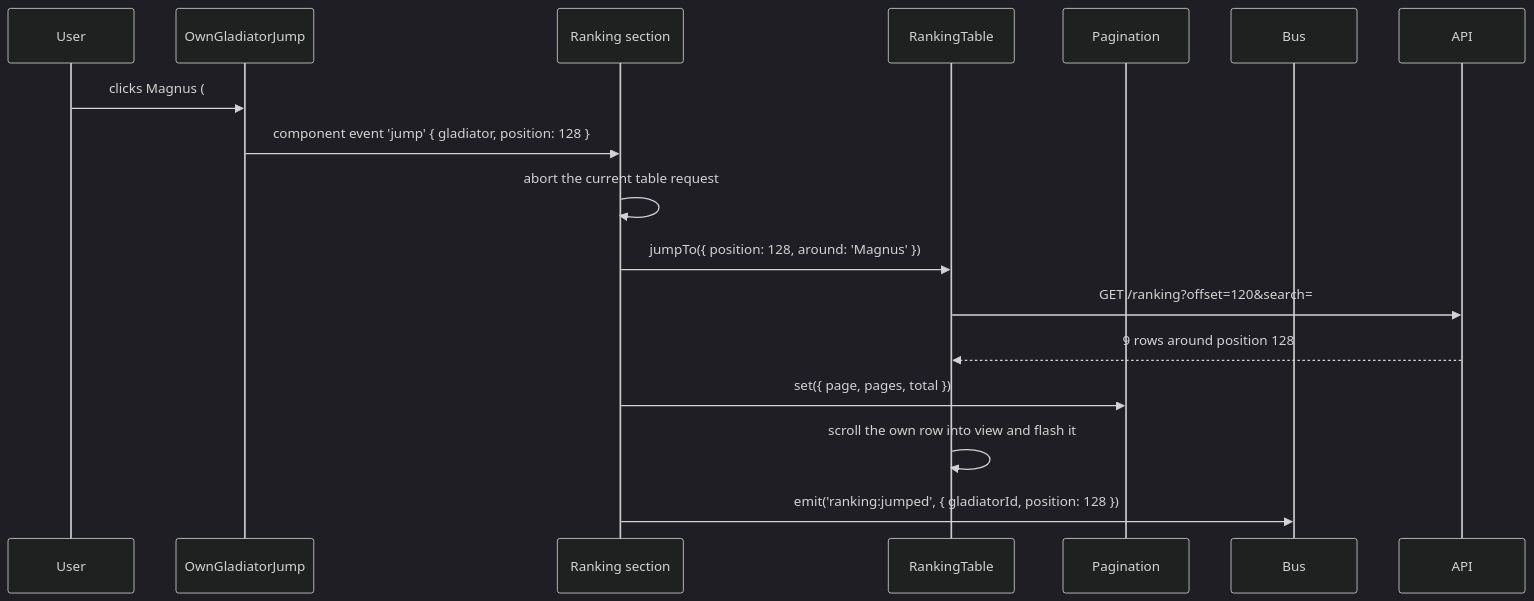
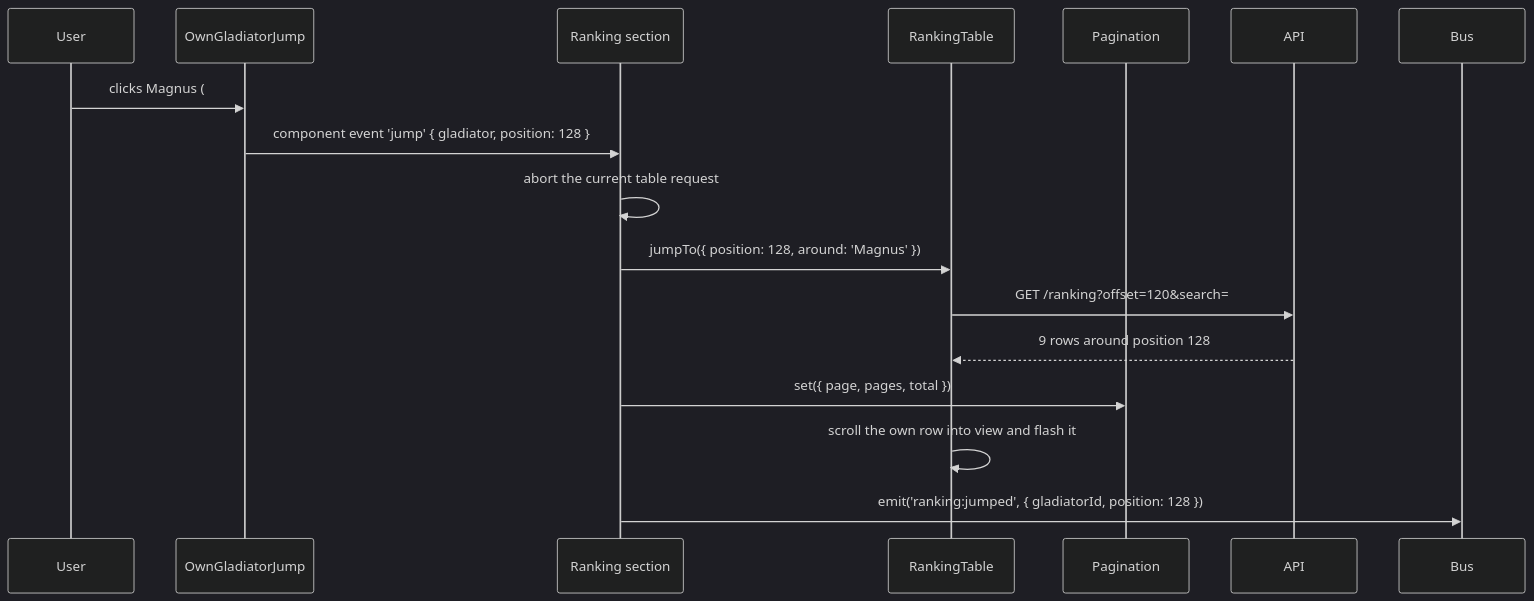
The fourth of 8 diagrams in docs/frontend/events.md (werlang/gladCode2), drawn with Mermaid (dark theme) before and after one commit. The commit also changed other lines of this file, not shown here.

Commit message:
docs: simplify the event-flow diagrams

````diff
--- a/docs/frontend/events.md
+++ b/docs/frontend/events.md
@@ -240,18 +241,19 @@
 ```mermaid
 sequenceDiagram
     participant User
     participant Jump as OwnGladiatorJump
     participant Section as Ranking section
     participant Table as RankingTable
     participant Page as Pagination
+    participant API
     participant Bus
     User->>Jump: clicks Magnus (#128)
     Jump->>Section: component event 'jump' { gladiator, position: 128 }
     Section->>Section: abort the current table request
     Section->>Table: jumpTo({ position: 128, around: 'Magnus' })
     Table->>API: GET /ranking?offset=120&search=
     API-->>Table: 9 rows around position 128
     Section->>Page: set({ page, pages, total })
     Table->>Table: scroll the own row into view and flash it
     Section->>Bus: emit('ranking:jumped', { gladiatorId, position: 128 })
 ```
````
